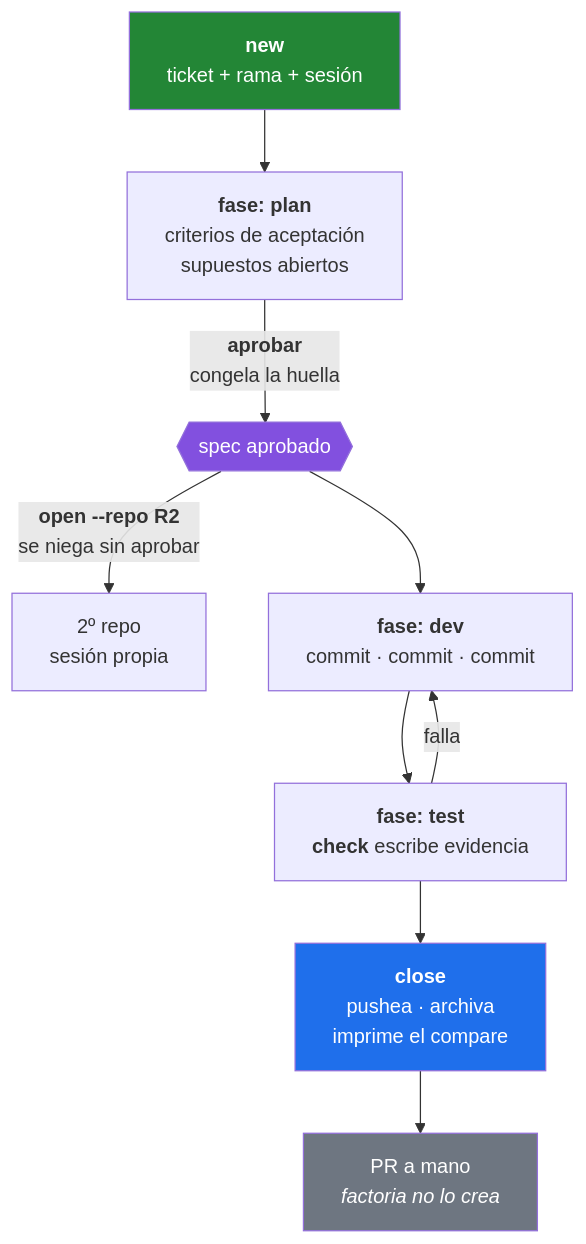
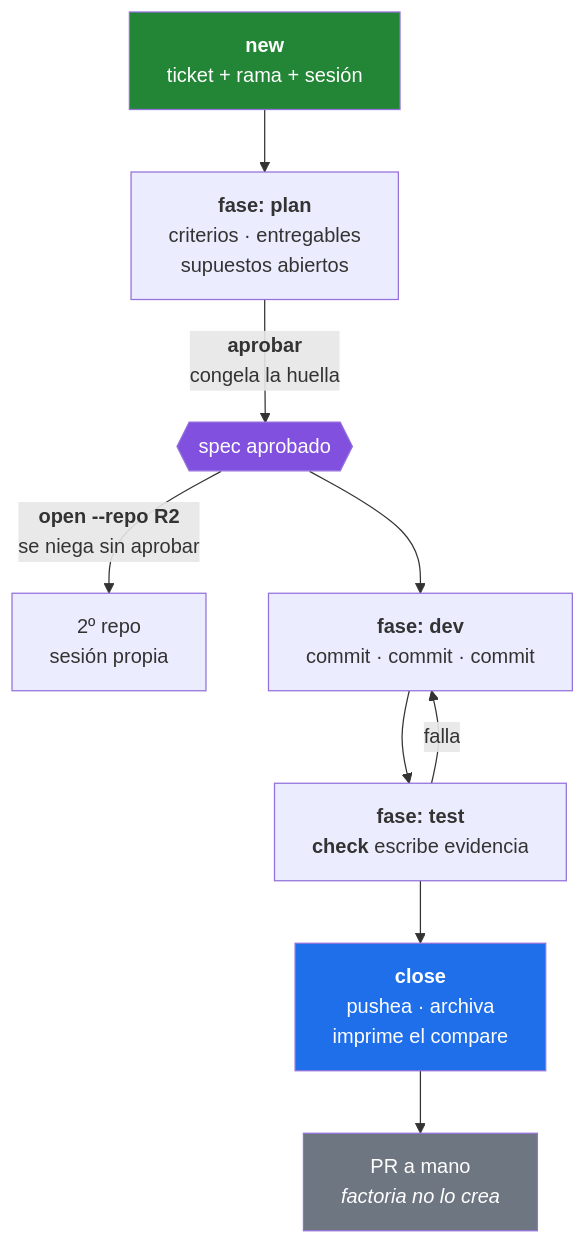
The second of 6 diagrams in README.md (Ariel-Hab/factoria), drawn with Mermaid before and after one commit. The commit also changed other lines of this file and 2 other files, not shown here.

First line of the commit message:
feat: el plan declara que codigo se va a tocar

````diff
--- a/README.md
+++ b/README.md
@@ -37,16 +37,16 @@
 ```mermaid
 flowchart TD
     N["<b>new</b><br/>ticket + rama + sesión"] --> P
-    P["<b>fase: plan</b><br/>criterios de aceptación<br/>supuestos abiertos"]
+    P["<b>fase: plan</b><br/>criterios · entregables<br/>supuestos abiertos"]
     P -->|"<b>aprobar</b><br/>congela la huella"| AP{{"spec aprobado"}}
     AP -->|"<b>open --repo R2</b><br/>se niega sin aprobar"| P2["2º repo<br/>sesión propia"]
     AP --> D["<b>fase: dev</b><br/>commit · commit · commit"]
     D --> T["<b>fase: test</b><br/><b>check</b> escribe evidencia"]
     T -->|falla| D
     T --> C["<b>close</b><br/>pushea · archiva<br/>imprime el compare"]
     C --> PR["PR a mano<br/><i>factoria no lo crea</i>"]
     style N fill:#238636,color:#fff
     style AP fill:#8250df,color:#fff
     style C fill:#1f6feb,color:#fff
     style PR fill:#6e7681,color:#fff
 ```
````
